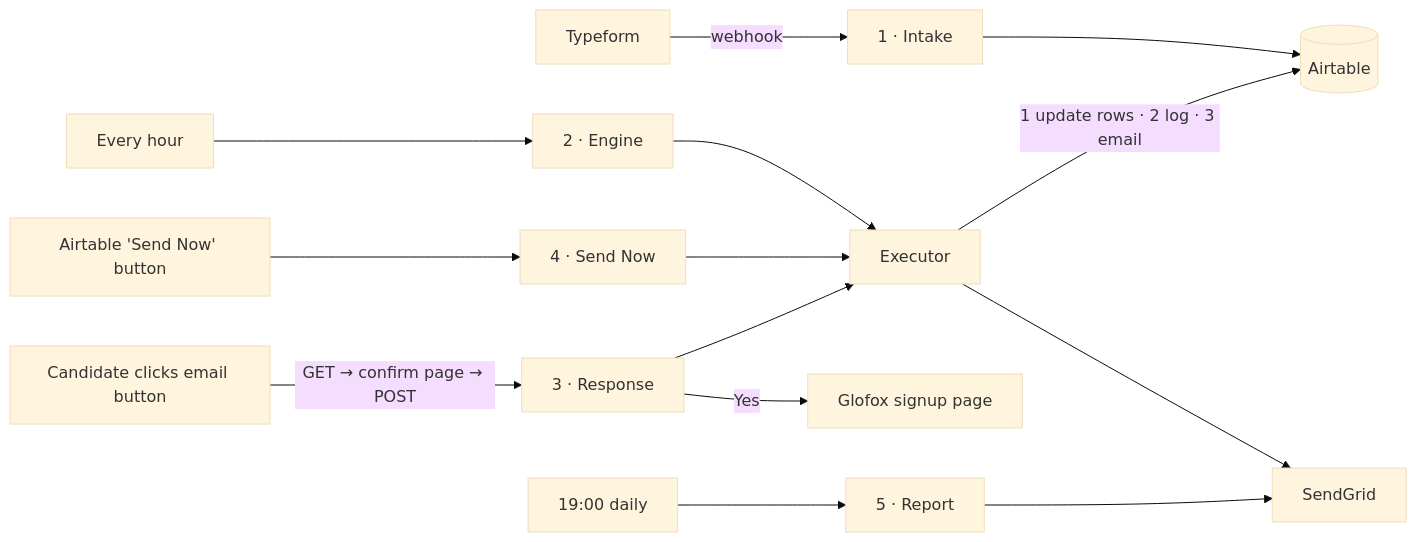
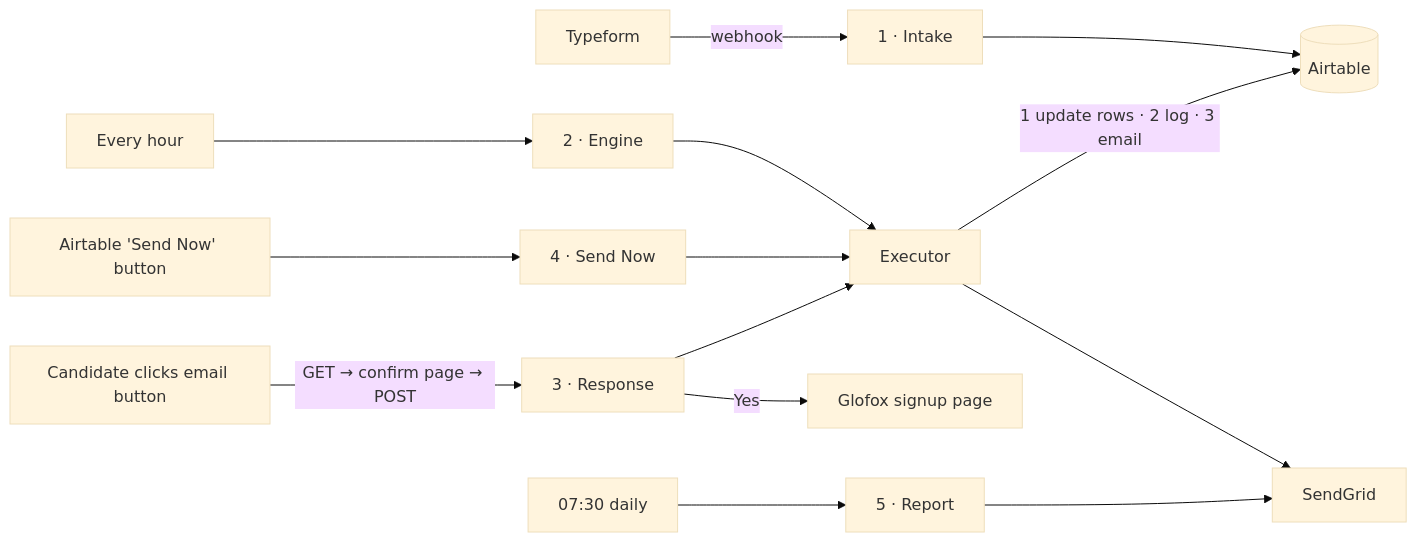
The diagram in akari-waitlist/BUILD-GUIDE.md (NocodeStan/sandbox-builds), drawn with Mermaid (base theme) before and after one commit. The commit also changed other lines of this file and 36 other files, not shown here.

````diff
--- a/akari-waitlist/BUILD-GUIDE.md
+++ b/akari-waitlist/BUILD-GUIDE.md
@@ -72,16 +72,16 @@
 ```mermaid
 flowchart LR
   TF[Typeform] -->|webhook| IN[1 · Intake]
   CRON[Every hour] --> EN[2 · Engine]
   EML[Candidate clicks email button] -->|GET → confirm page → POST| RS[3 · Response]
   AT[Airtable 'Send Now' button] --> SN[4 · Send Now]
-  RPT[19:00 daily] --> RP[5 · Report]
+  RPT[07:30 daily] --> RP[5 · Report]
   IN --> A[(Airtable)]
   EN --> X[Executor]
   RS --> X
   SN --> X
   X -->|1 update rows · 2 log · 3 email| A
   X --> SG[SendGrid]
   RP --> SG
   RS -->|Yes| GF[Glofox signup page]
 ```
````
